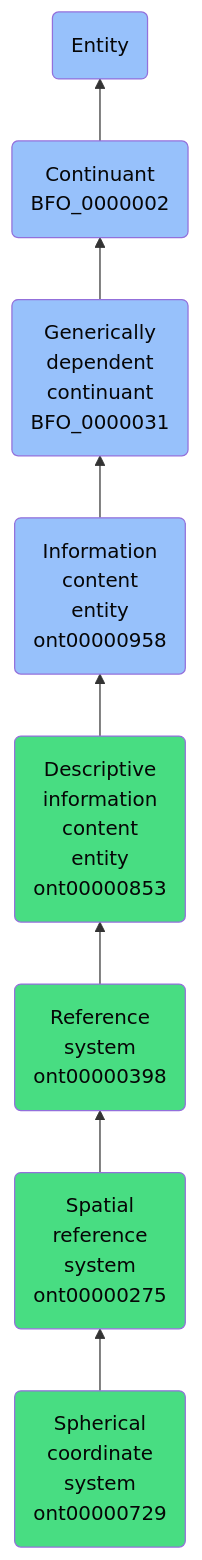
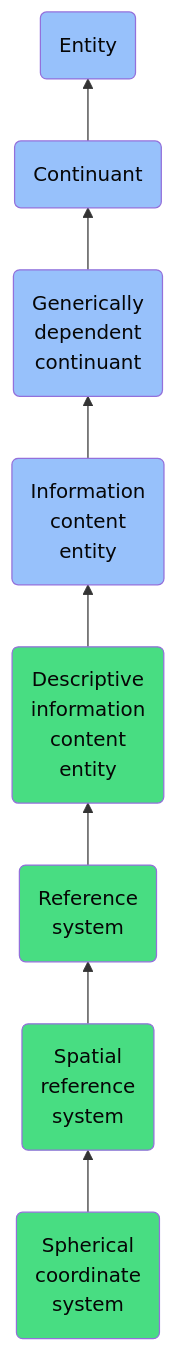
One commit to jupyter-naas/abi changed the diagram in docs/ontology/reference/model/Entity/Continuant/Generically dependent continuant/Information content entity/Descriptive information content entity/Reference system/Spatial reference system/Spherical coordinate system/Spherical coordinate system.md. Above: the diagram before and after it, drawn with Mermaid. The commit also changed other lines of this file and 1430 other files, not shown here.

````diff
--- a/docs/ontology/reference/model/Entity/Continuant/Generically dependent continuant/Information content entity/Descriptive information content entity/Reference system/Spatial reference system/Spherical coordinate system/Spherical coordinate system.md
+++ b/docs/ontology/reference/model/Entity/Continuant/Generically dependent continuant/Information content entity/Descriptive information content entity/Reference system/Spatial reference system/Spherical coordinate system/Spherical coordinate system.md
@@ -24,15 +24,15 @@
 ```mermaid
 graph BT
-    ont00000729(Spherical<br>coordinate<br>system<br>ont00000729):::ABI-->ont00000275
-    ont00000275(Spatial<br>reference<br>system<br>ont00000275):::ABI-->ont00000398
-    ont00000398(Reference<br>system<br>ont00000398):::ABI-->ont00000853
-    ont00000853(Descriptive<br>information<br>content<br>entity<br>ont00000853):::ABI-->ont00000958
-    ont00000958(Information<br>content<br>entity<br>ont00000958):::BFO-->BFO_0000031
-    BFO_0000031(Generically<br>dependent<br>continuant<br>BFO_0000031):::BFO-->BFO_0000002
-    BFO_0000002(Continuant<br>BFO_0000002):::BFO-->BFO_0000001
+    ont00000729(Spherical<br>coordinate<br>system):::ABI-->ont00000275
+    ont00000275(Spatial<br>reference<br>system):::ABI-->ont00000398
+    ont00000398(Reference<br>system):::ABI-->ont00000853
+    ont00000853(Descriptive<br>information<br>content<br>entity):::ABI-->ont00000958
+    ont00000958(Information<br>content<br>entity):::BFO-->BFO_0000031
+    BFO_0000031(Generically<br>dependent<br>continuant):::BFO-->BFO_0000002
+    BFO_0000002(Continuant):::BFO-->BFO_0000001
     BFO_0000001(Entity):::BFO
     
     classDef BFO fill:#97c1fb,color:#060606
     classDef CCO fill:#e4c51e,color:#060606
     classDef ABI fill:#48DD82,color:#060606
 ```
````
